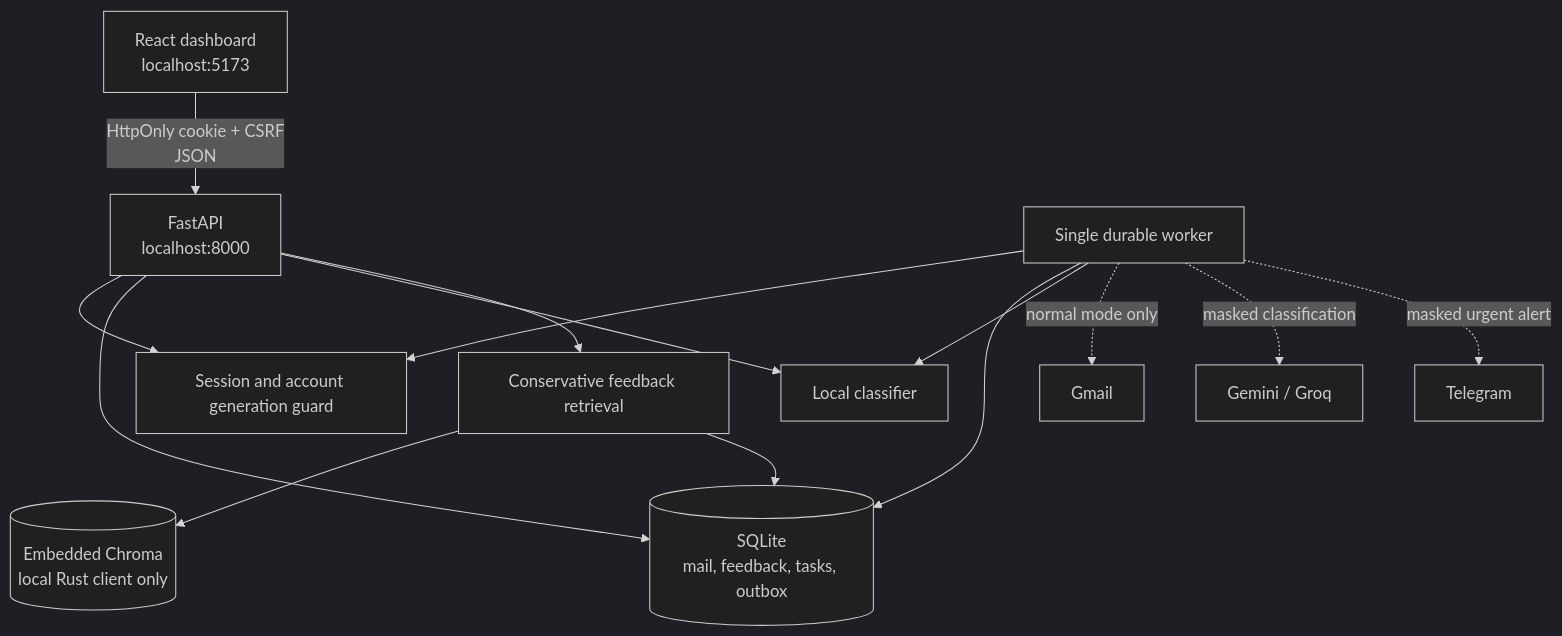
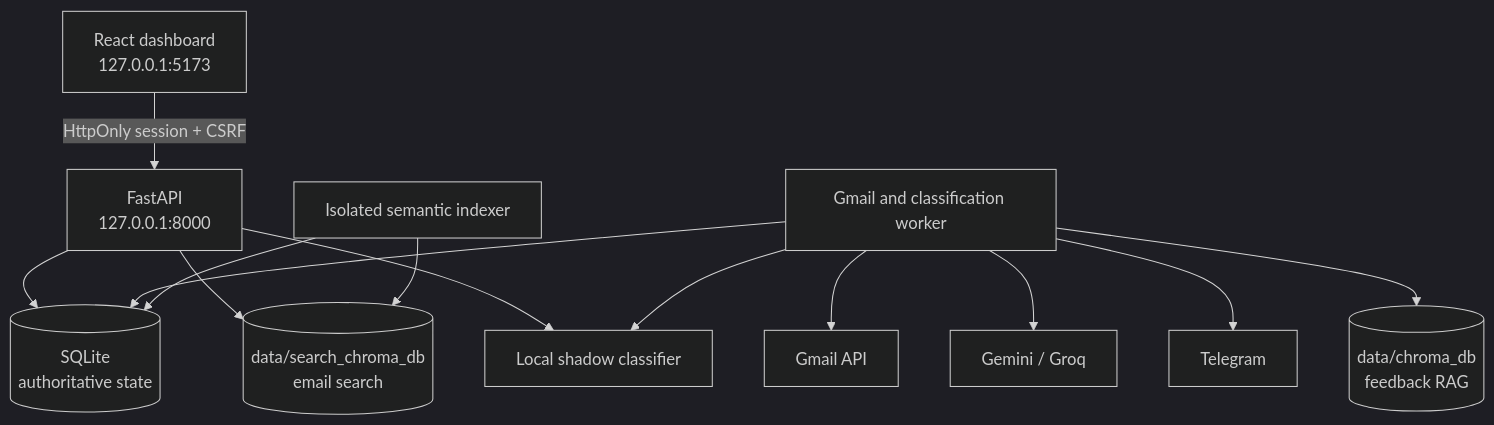
Before and after one commit to Priyanshh1407/MailMind: the second of 2 diagrams in README.md, drawn with Mermaid (dark theme). The commit also changed other lines of this file and 81 other files, not shown here.

````diff
--- a/README.md
+++ b/README.md
@@ -28,16 +50,27 @@
 ```mermaid
 flowchart TB
-  Browser[React dashboard<br/>localhost:5173] -->|HttpOnly cookie + CSRF<br/>JSON| API[FastAPI<br/>localhost:8000]
-  API --> Accounts[Session and account generation guard]
-  API --> DB[(SQLite<br/>mail, feedback, tasks, outbox)]
-  API --> Model[Local classifier]
-  API --> Retrieval[Conservative feedback retrieval]
-  Worker[Single durable worker] --> Accounts
+  Browser[React dashboard<br/>127.0.0.1:5173]
+  API[FastAPI<br/>127.0.0.1:8000]
+  DB[(SQLite<br/>authoritative state)]
+  Worker[Gmail and classification worker]
+  Indexer[Isolated semantic indexer]
+  Feedback[(data/chroma_db<br/>feedback RAG)]
+  Search[(data/search_chroma_db<br/>email search)]
+  Gmail[Gmail API]
+  Models[Gemini / Groq]
+  Local[Local shadow classifier]
+  Telegram[Telegram]
+
+  Browser -->|HttpOnly session + CSRF| API
+  API --> DB
+  API --> Search
+  API --> Local
   Worker --> DB
-  Worker --> Model
-  Retrieval --> Embedded[(Embedded Chroma<br/>local Rust client only)]
-  Retrieval --> DB
-  Worker -. normal mode only .-> Gmail[Gmail]
-  Worker -. masked classification .-> Cloud[Gemini / Groq]
-  Worker -. masked urgent alert .-> Telegram[Telegram]
+  Worker --> Gmail
+  Worker --> Models
+  Worker --> Local
+  Worker --> Telegram
+  Worker --> Feedback
+  Indexer --> DB
+  Indexer --> Search
 ```
````
